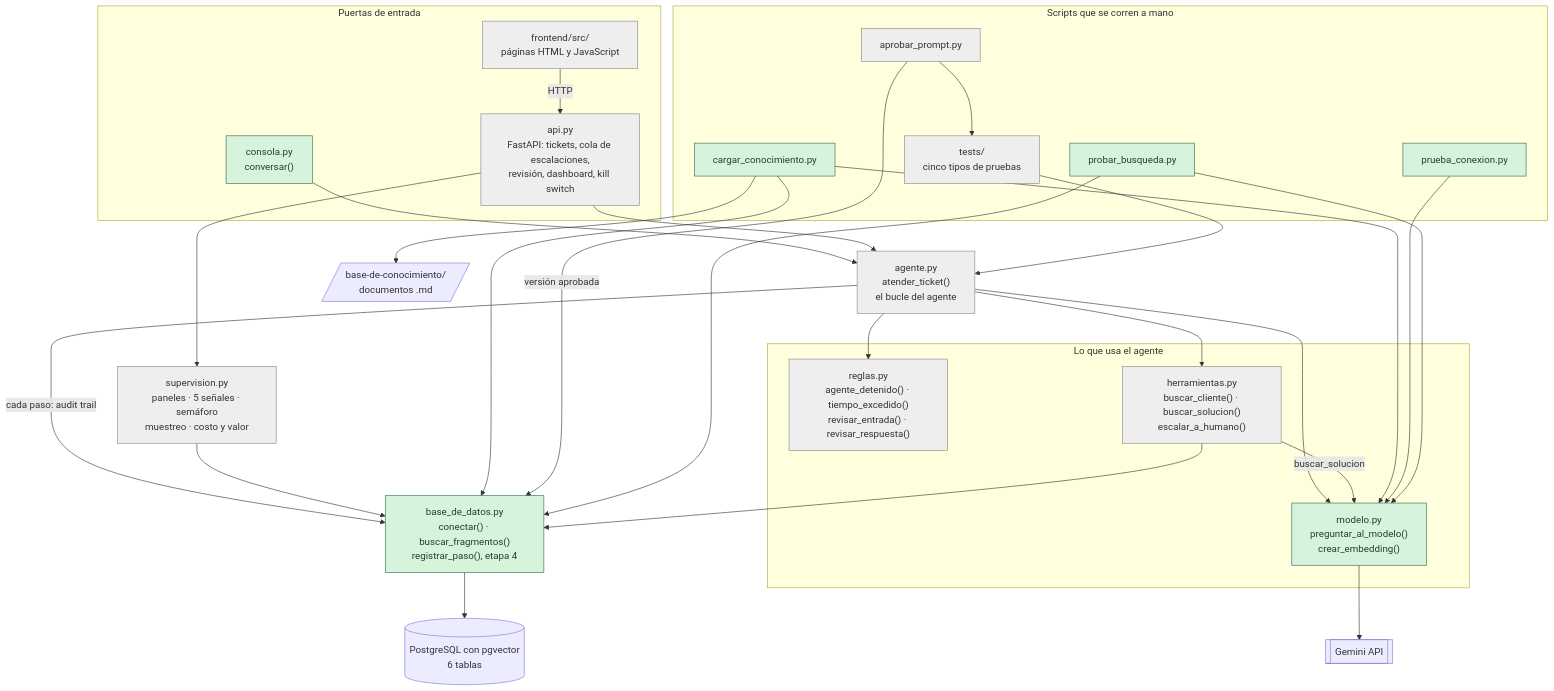
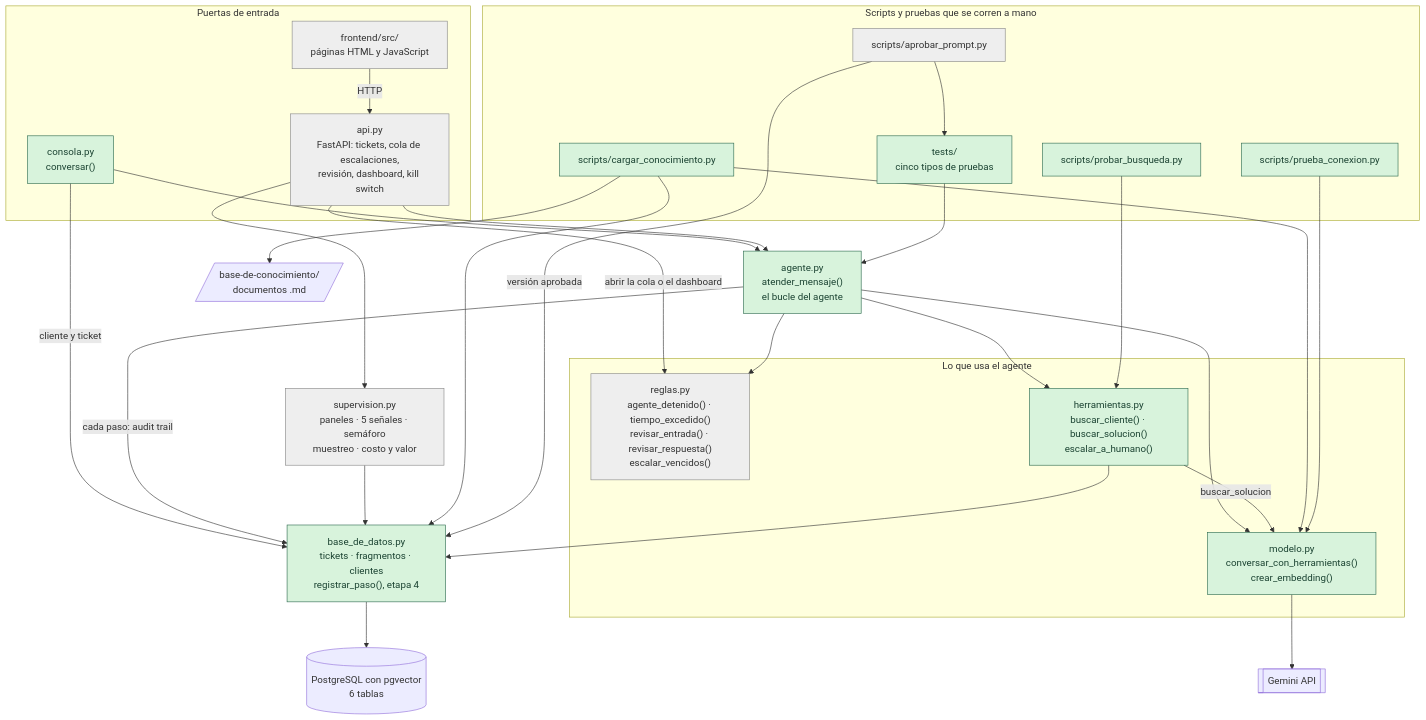
One commit to edgardo001/ai-agent-manager-estudio-aiam-certiprof-studio changed the third of 5 diagrams in estudio/proyecto-agente/agente-soporte-n1/docs/diagramas-del-codigo.md. Above: the diagram before and after it, drawn with Mermaid. The commit also changed other lines of this file and 15 other files, not shown here.

Commit message:
docs(agente): documenta la etapa 3, sus revisiones, los proveedores y las decisiones D11 a D15

````diff
--- a/estudio/proyecto-agente/agente-soporte-n1/docs/diagramas-del-codigo.md
+++ b/estudio/proyecto-agente/agente-soporte-n1/docs/diagramas-del-codigo.md
@@ -107,59 +134,60 @@
 ```mermaid
 flowchart TD
     subgraph ENTRADAS["Puertas de entrada"]
         CON["consola.py<br/>conversar()"]
         API["api.py<br/>FastAPI: tickets, cola de escalaciones,<br/>revisión, dashboard, kill switch"]
         FRONT["frontend/src/<br/>páginas HTML y JavaScript"]
     end
 
-    AGE["agente.py<br/>atender_ticket()<br/>el bucle del agente"]
+    AGE["agente.py<br/>atender_mensaje()<br/>el bucle del agente"]
 
     subgraph PIEZAS["Lo que usa el agente"]
-        REG["reglas.py<br/>agente_detenido() · tiempo_excedido()<br/>revisar_entrada() · revisar_respuesta()"]
+        REG["reglas.py<br/>agente_detenido() · tiempo_excedido()<br/>revisar_entrada() · revisar_respuesta()<br/>escalar_vencidos()"]
         HER["herramientas.py<br/>buscar_cliente() · buscar_solucion()<br/>escalar_a_humano()"]
-        MOD["modelo.py<br/>preguntar_al_modelo()<br/>crear_embedding()"]
+        MOD["modelo.py<br/>conversar_con_herramientas()<br/>crear_embedding()"]
     end
 
     SUP["supervision.py<br/>paneles · 5 señales · semáforo<br/>muestreo · costo y valor"]
-    BD["base_de_datos.py<br/>conectar() · buscar_fragmentos()<br/>registrar_paso(), etapa 4"]
+    BD["base_de_datos.py<br/>tickets · fragmentos · clientes<br/>registrar_paso(), etapa 4"]
 
-    subgraph TAREAS["Scripts que se corren a mano"]
-        CAR["cargar_conocimiento.py"]
-        APR["aprobar_prompt.py"]
+    subgraph TAREAS["Scripts y pruebas que se corren a mano"]
+        CAR["scripts/cargar_conocimiento.py"]
+        APR["scripts/aprobar_prompt.py"]
         TST["tests/<br/>cinco tipos de pruebas"]
-        PRU["prueba_conexion.py"]
-        PBU["probar_busqueda.py"]
+        PRU["scripts/prueba_conexion.py"]
+        PBU["scripts/probar_busqueda.py"]
     end
 
     PG[("PostgreSQL con pgvector<br/>6 tablas")]
     DOCS[/"base-de-conocimiento/<br/>documentos .md"/]
     GEM[["Gemini API"]]
 
     FRONT -->|HTTP| API
     CON --> AGE
+    CON -->|cliente y ticket| BD
     API --> AGE
+    API -->|abrir la cola o el dashboard| REG
     API --> SUP
     AGE --> REG
     AGE --> HER
     AGE --> MOD
     AGE -->|cada paso: audit trail| BD
     HER --> BD
     HER -->|buscar_solucion| MOD
     SUP --> BD
     CAR --> DOCS
     CAR --> MOD
     CAR --> BD
     APR --> TST
     APR -->|versión aprobada| BD
     PRU --> MOD
-    PBU --> MOD
-    PBU --> BD
+    PBU --> HER
     TST --> AGE
     MOD --> GEM
     BD --> PG
 
     classDef existe fill:#d8f3dc,stroke:#2d6a4f,color:#1b4332
     classDef previsto fill:#eeeeee,stroke:#888888,color:#333333
-    class CON,MOD,PRU,BD,CAR,PBU existe
-    class API,FRONT,AGE,REG,HER,SUP,APR,TST previsto
+    class CON,AGE,HER,MOD,PRU,BD,CAR,PBU,TST existe
+    class API,FRONT,REG,SUP,APR previsto
 ```
````
